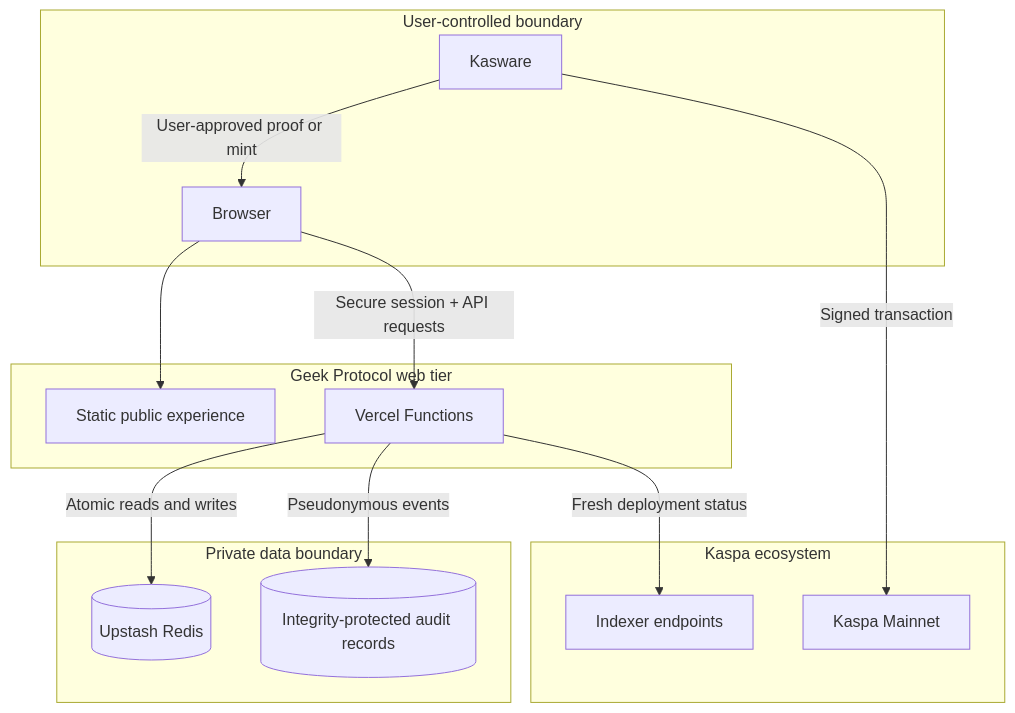
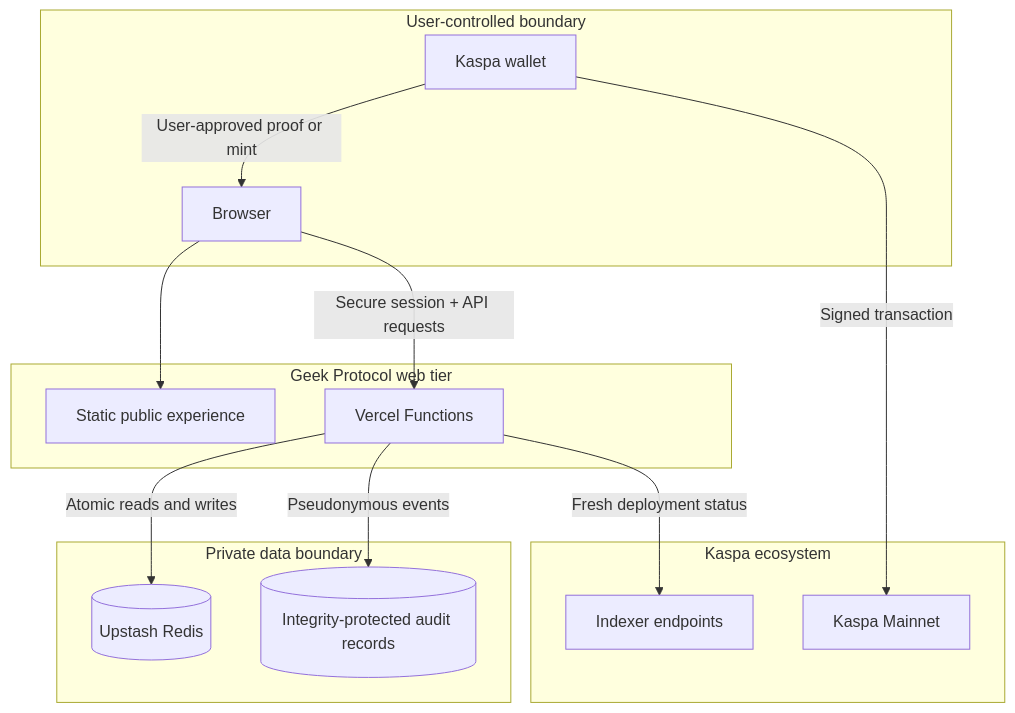
The diagram in docs/ARCHITECTURE.md (GEEKProtocol0110/geek-protocol-hq), drawn with Mermaid before and after one commit. The commit also changed other lines of this file and 18 other files, not shown here.

Commit message:
Support wallet-independent Kaspa sign-in with one-time message proofs

````diff
--- a/docs/ARCHITECTURE.md
+++ b/docs/ARCHITECTURE.md
@@ -7,30 +7,30 @@
 ```mermaid
 flowchart TB
     subgraph User[User-controlled boundary]
         B[Browser]
-        W[Kasware]
+        W[Kaspa wallet]
     end
 
     subgraph Edge[Geek Protocol web tier]
         S[Static public experience]
         A[Vercel Functions]
     end
 
     subgraph Data[Private data boundary]
         R[(Upstash Redis)]
         L[(Integrity-protected audit records)]
     end
 
     subgraph Kaspa[Kaspa ecosystem]
         I[Indexer endpoints]
         N[Kaspa Mainnet]
     end
 
     B --> S
     B -->|Secure session + API requests| A
     W -->|User-approved proof or mint| B
     A -->|Atomic reads and writes| R
     A -->|Pseudonymous events| L
     A -->|Fresh deployment status| I
     W -->|Signed transaction| N
 ```
````
